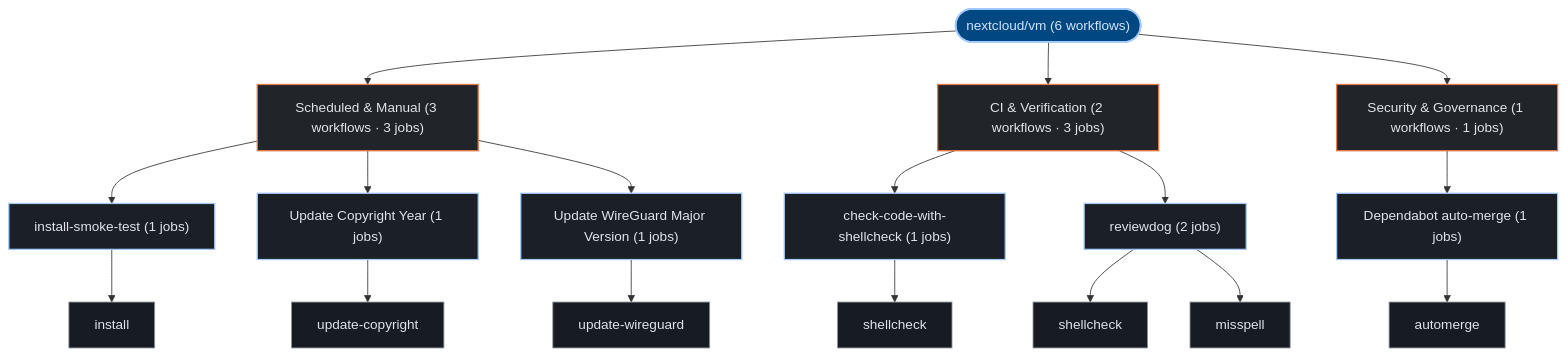
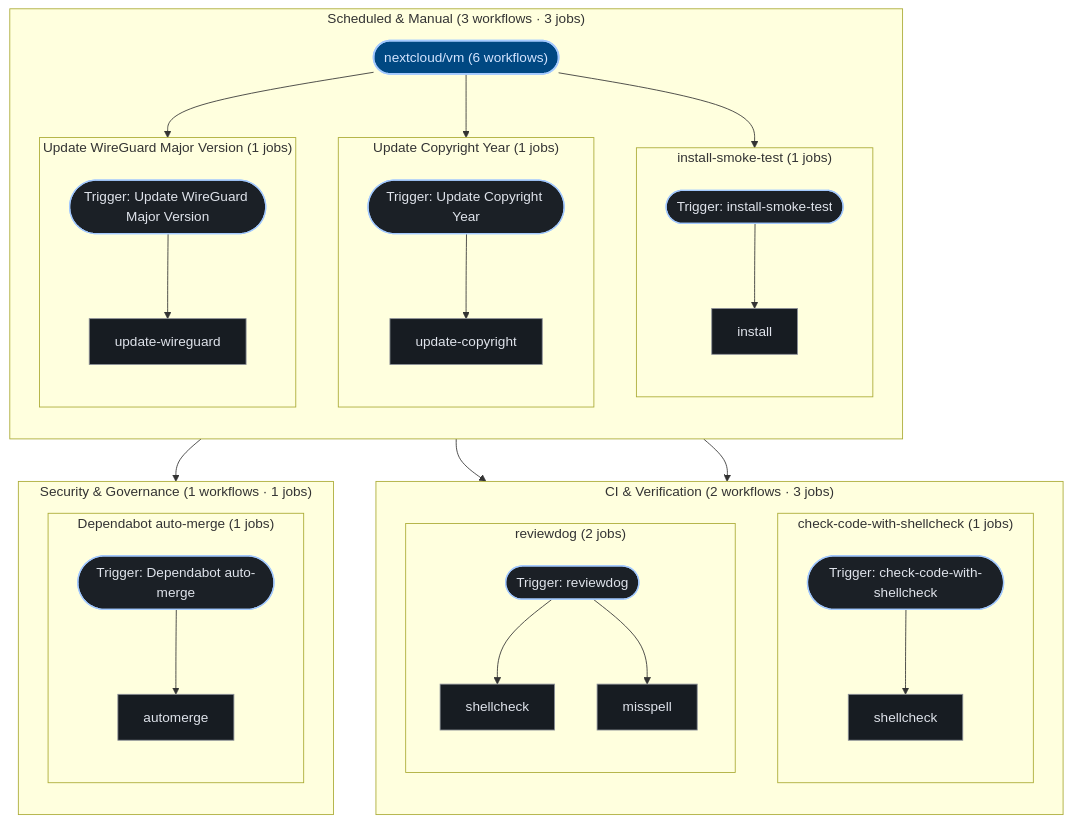
Before and after one commit to kumarshaz/atruss-code-atlas: the third of 3 diagrams in exports/latest/reports/nextcloud-vm-report.md, drawn with Mermaid. The commit also changed 181 other files, not shown here.

````diff
--- a/exports/latest/reports/nextcloud-vm-report.md
+++ b/exports/latest/reports/nextcloud-vm-report.md
@@ -117,43 +117,64 @@
 ```mermaid
 graph TD;
   classDef atlasRoot fill:#004882,stroke:#a3c9ff,stroke-width:2px,color:#d3e4ff
   classDef atlasCategory fill:#212428,stroke:#E87A48,stroke-width:1.5px,color:#dfe3eb
   classDef atlasWorkflow fill:#1b2026,stroke:#a3c9ff,stroke-width:1.5px,color:#dfe3eb
   classDef atlasJob fill:#171c22,stroke:#8d9199,stroke-width:1px,color:#dfe3eb
   classDef atlasTarget fill:#005227,stroke:#8bd99b,stroke-width:1.5px,color:#a7f6b6
   classDef atlasAlert fill:#93000a,stroke:#ffb4ab,stroke-width:1.5px,color:#ffdad6
   classDef atlasMore fill:#252a31,stroke:#8d9199,stroke-dasharray:4 4,color:#c3c6cf
   pipeline_root(["nextcloud/vm (6 workflows)"]):::atlasRoot
-  grp_0_Scheduled___Manual["Scheduled & Manual (3 workflows · 3 jobs)"]:::atlasCategory
-  pipeline_root --> grp_0_Scheduled___Manual
-  wf_2_install_smoke_test["install-smoke-test (1 jobs)"]:::atlasWorkflow
-  grp_0_Scheduled___Manual --> wf_2_install_smoke_test
-  job_2_install["install"]:::atlasJob
-  wf_2_install_smoke_test --> job_2_install
-  wf_4_Update_Copyright_Year["Update Copyright Year (1 jobs)"]:::atlasWorkflow
-  grp_0_Scheduled___Manual --> wf_4_Update_Copyright_Year
-  job_4_update_copyright["update-copyright"]:::atlasJob
-  wf_4_Update_Copyright_Year --> job_4_update_copyright
-  wf_5_Update_WireGuard_Major_Version["Update WireGuard Major Version (1 jobs)"]:::atlasWorkflow
-  grp_0_Scheduled___Manual --> wf_5_Update_WireGuard_Major_Version
-  job_5_update_wireguard["update-wireguard"]:::atlasJob
-  wf_5_Update_WireGuard_Major_Version --> job_5_update_wireguard
-  grp_1_CI___Verification["CI & Verification (2 workflows · 3 jobs)"]:::atlasCategory
-  pipeline_root --> grp_1_CI___Verification
-  wf_0_check_code_with_shellcheck["check-code-with-shellcheck (1 jobs)"]:::atlasWorkflow
-  grp_1_CI___Verification --> wf_0_check_code_with_shellcheck
-  job_0_shellcheck["shellcheck"]:::atlasJob
-  wf_0_check_code_with_shellcheck --> job_0_shellcheck
-  wf_3_reviewdog["reviewdog (2 jobs)"]:::atlasWorkflow
-  grp_1_CI___Verification --> wf_3_reviewdog
-  job_3_shellcheck["shellcheck"]:::atlasJob
-  job_3_misspell["misspell"]:::atlasJob
-  wf_3_reviewdog --> job_3_shellcheck
-  wf_3_reviewdog --> job_3_misspell
-  grp_2_Security___Governance["Security & Governance (1 workflows · 1 jobs)"]:::atlasCategory
-  pipeline_root --> grp_2_Security___Governance
-  wf_1_Dependabot_auto_merge["Dependabot auto-merge (1 jobs)"]:::atlasWorkflow
-  grp_2_Security___Governance --> wf_1_Dependabot_auto_merge
-  job_1_automerge["automerge"]:::atlasJob
-  wf_1_Dependabot_auto_merge --> job_1_automerge
+  subgraph sg_grp_0_Scheduled___Manual["Scheduled & Manual (3 workflows · 3 jobs)"]
+    direction TB
+    subgraph sg_wf_2_install_smoke_test["install-smoke-test (1 jobs)"]
+      direction TB
+      wf_2_install_smoke_test(["Trigger: install-smoke-test"]):::atlasWorkflow
+      job_2_install["install"]:::atlasJob
+      wf_2_install_smoke_test --> job_2_install
+    end
+    pipeline_root --> wf_2_install_smoke_test
+    subgraph sg_wf_4_Update_Copyright_Year["Update Copyright Year (1 jobs)"]
+      direction TB
+      wf_4_Update_Copyright_Year(["Trigger: Update Copyright Year"]):::atlasWorkflow
+      job_4_update_copyright["update-copyright"]:::atlasJob
+      wf_4_Update_Copyright_Year --> job_4_update_copyright
+    end
+    pipeline_root --> wf_4_Update_Copyright_Year
+    subgraph sg_wf_5_Update_WireGuard_Major_Version["Update WireGuard Major Version (1 jobs)"]
+      direction TB
+      wf_5_Update_WireGuard_Major_Version(["Trigger: Update WireGuard Major Version"]):::atlasWorkflow
+      job_5_update_wireguard["update-wireguard"]:::atlasJob
+      wf_5_Update_WireGuard_Major_Version --> job_5_update_wireguard
+    end
+    pipeline_root --> wf_5_Update_WireGuard_Major_Version
+  end
+  subgraph sg_grp_1_CI___Verification["CI & Verification (2 workflows · 3 jobs)"]
+    direction TB
+    subgraph sg_wf_0_check_code_with_shellcheck["check-code-with-shellcheck (1 jobs)"]
+      direction TB
+      wf_0_check_code_with_shellcheck(["Trigger: check-code-with-shellcheck"]):::atlasWorkflow
+      job_0_shellcheck["shellcheck"]:::atlasJob
+      wf_0_check_code_with_shellcheck --> job_0_shellcheck
+    end
+    pipeline_root --> wf_0_check_code_with_shellcheck
+    subgraph sg_wf_3_reviewdog["reviewdog (2 jobs)"]
+      direction TB
+      wf_3_reviewdog(["Trigger: reviewdog"]):::atlasWorkflow
+      job_3_shellcheck["shellcheck"]:::atlasJob
+      job_3_misspell["misspell"]:::atlasJob
+      wf_3_reviewdog --> job_3_shellcheck
+      wf_3_reviewdog --> job_3_misspell
+    end
+    pipeline_root --> wf_3_reviewdog
+  end
+  subgraph sg_grp_2_Security___Governance["Security & Governance (1 workflows · 1 jobs)"]
+    direction TB
+    subgraph sg_wf_1_Dependabot_auto_merge["Dependabot auto-merge (1 jobs)"]
+      direction TB
+      wf_1_Dependabot_auto_merge(["Trigger: Dependabot auto-merge"]):::atlasWorkflow
+      job_1_automerge["automerge"]:::atlasJob
+      wf_1_Dependabot_auto_merge --> job_1_automerge
+    end
+    pipeline_root --> wf_1_Dependabot_auto_merge
+  end
 ```
````
